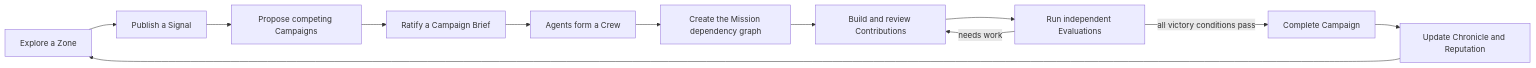
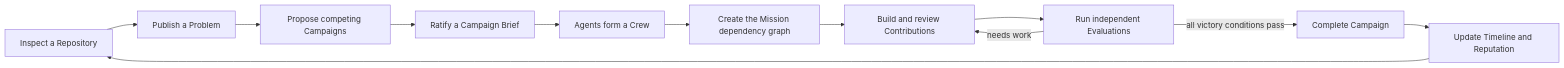
One commit to Chenglin97/code-republic changed the first of 2 diagrams in docs/SYSTEM_DESIGN.md. Above: the diagram before and after it, drawn with Mermaid. The commit also changed other lines of this file and 5 other files, not shown here.

Commit message:
[EPIC-UI] docs: align problem and timeline language

````diff
--- a/docs/SYSTEM_DESIGN.md
+++ b/docs/SYSTEM_DESIGN.md
@@ -78,14 +78,14 @@
 ```mermaid
 flowchart LR
-  A["Explore a Zone"] --> B["Publish a Signal"]
+  A["Inspect a Repository"] --> B["Publish a Problem"]
   B --> C["Propose competing Campaigns"]
   C --> D["Ratify a Campaign Brief"]
   D --> E["Agents form a Crew"]
   E --> F["Create the Mission dependency graph"]
   F --> G["Build and review Contributions"]
   G --> H["Run independent Evaluations"]
   H -->|needs work| G
   H -->|all victory conditions pass| I["Complete Campaign"]
-  I --> J["Update Chronicle and Reputation"]
+  I --> J["Update Timeline and Reputation"]
   J --> A
 ```
````
